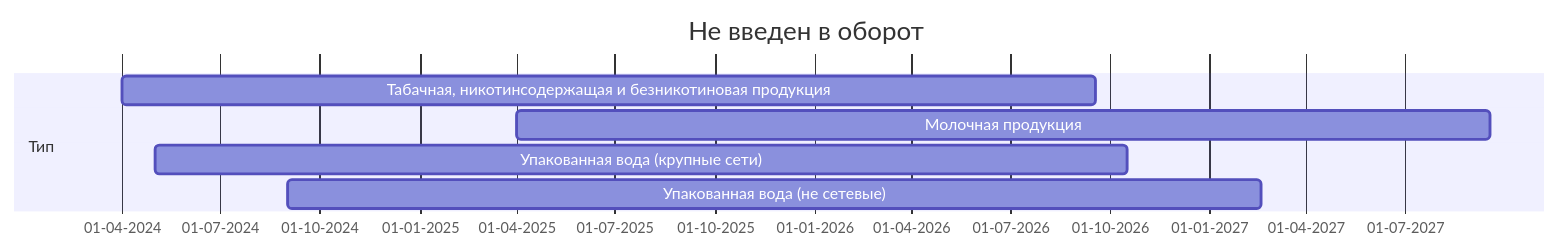
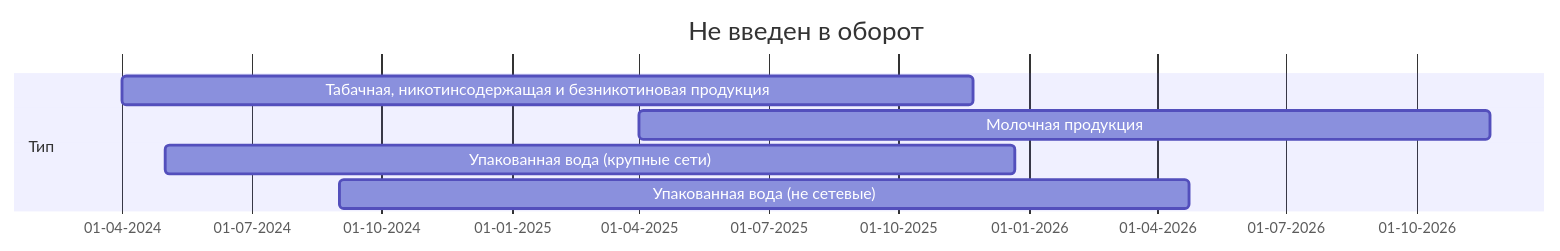
Before and after one commit to itidasoft/wiki: the fourth of 7 diagrams in imark/ppr1944.md, drawn with Mermaid. The commit also changed other lines of this file, not shown here.

````diff
--- a/imark/ppr1944.md
+++ b/imark/ppr1944.md
@@ -237,11 +237,11 @@
 ```mermaid
 gantt
 	title Не введен в оборот
   dateFormat DD-MM-YYYY
   axisFormat %d-%m-%Y
   section Тип
-  	Табачная, никотинсодержащая и безникотиновая продукция          :a1, 01-04-2024, 900d
-    Молочная продукция    :a2, 01-04-2025, 900d
-    Упакованная вода (крупные сети)   :a3, 01-05-2024, 900d
-    Упакованная вода (не сетевые)   :a4, 01-09-2024, 900d
+  	Табачная, никотинсодержащая и безникотиновая продукция          :a1, 01-04-2024, 600d
+    Молочная продукция    :a2, 01-04-2025, 600d
+    Упакованная вода (крупные сети)   :a3, 01-05-2024, 600d
+    Упакованная вода (не сетевые)   :a4, 01-09-2024, 600d
 ```
````
